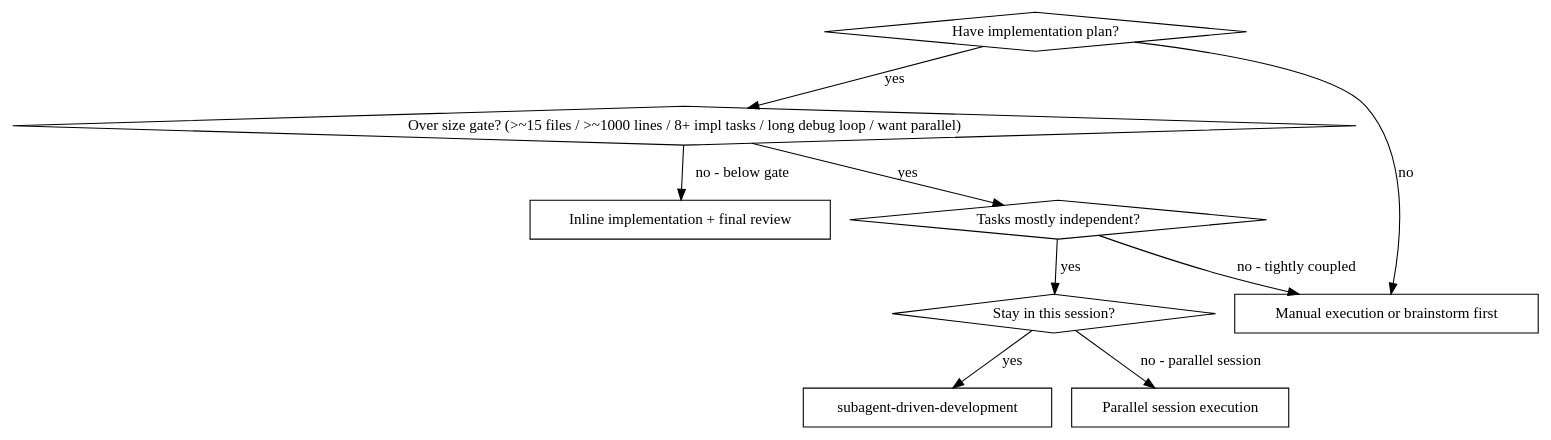
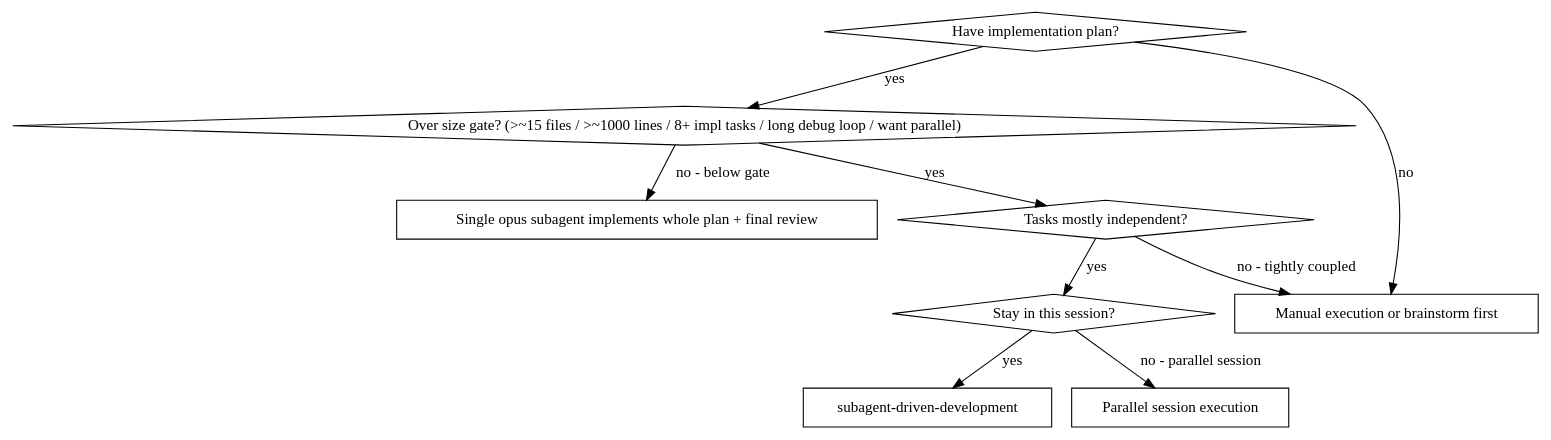
One commit to moorestech/moorestech changed the first of 2 diagrams in .agents/skills/subagent-driven-development/SKILL.md. Above: the diagram before and after it, drawn with Graphviz. The commit also changed other lines of this file, not shown here.

````diff
--- a/.agents/skills/subagent-driven-development/SKILL.md
+++ b/.agents/skills/subagent-driven-development/SKILL.md
@@ -44,21 +55,21 @@
 ```dot
 digraph when_to_use {
     "Have implementation plan?" [shape=diamond];
     "Over size gate? (>~15 files / >~1000 lines / 8+ impl tasks / long debug loop / want parallel)" [shape=diamond];
     "Tasks mostly independent?" [shape=diamond];
     "subagent-driven-development" [shape=box];
     "Parallel session execution" [shape=box];
     "Manual execution or brainstorm first" [shape=box];
-    "Inline implementation + final review" [shape=box];
+    "Single opus subagent implements whole plan + final review" [shape=box];
     "Stay in this session?" [shape=diamond];
 
     "Have implementation plan?" -> "Over size gate? (>~15 files / >~1000 lines / 8+ impl tasks / long debug loop / want parallel)" [label="yes"];
     "Have implementation plan?" -> "Manual execution or brainstorm first" [label="no"];
     "Over size gate? (>~15 files / >~1000 lines / 8+ impl tasks / long debug loop / want parallel)" -> "Tasks mostly independent?" [label="yes"];
-    "Over size gate? (>~15 files / >~1000 lines / 8+ impl tasks / long debug loop / want parallel)" -> "Inline implementation + final review" [label="no - below gate"];
+    "Over size gate? (>~15 files / >~1000 lines / 8+ impl tasks / long debug loop / want parallel)" -> "Single opus subagent implements whole plan + final review" [label="no - below gate"];
     "Tasks mostly independent?" -> "Stay in this session?" [label="yes"];
     "Tasks mostly independent?" -> "Manual execution or brainstorm first" [label="no - tightly coupled"];
     "Stay in this session?" -> "subagent-driven-development" [label="yes"];
     "Stay in this session?" -> "Parallel session execution" [label="no - parallel session"];
 }
 ```
````
